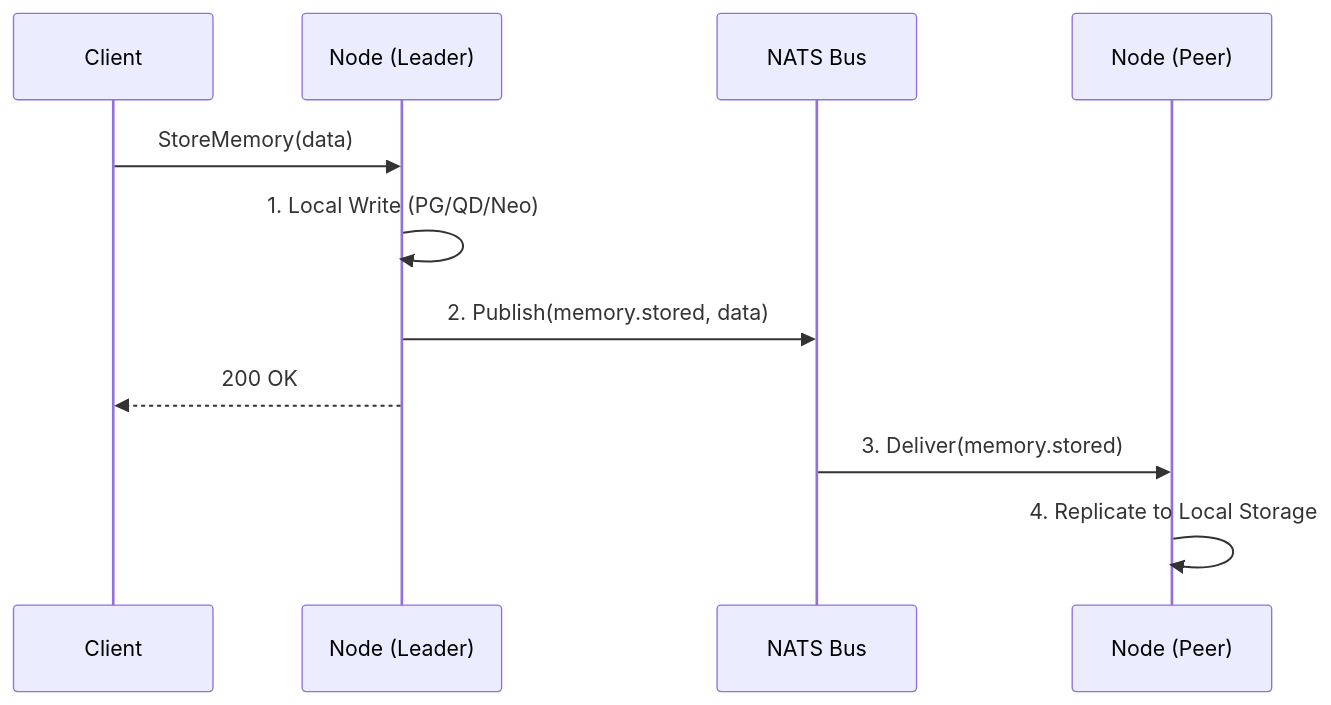
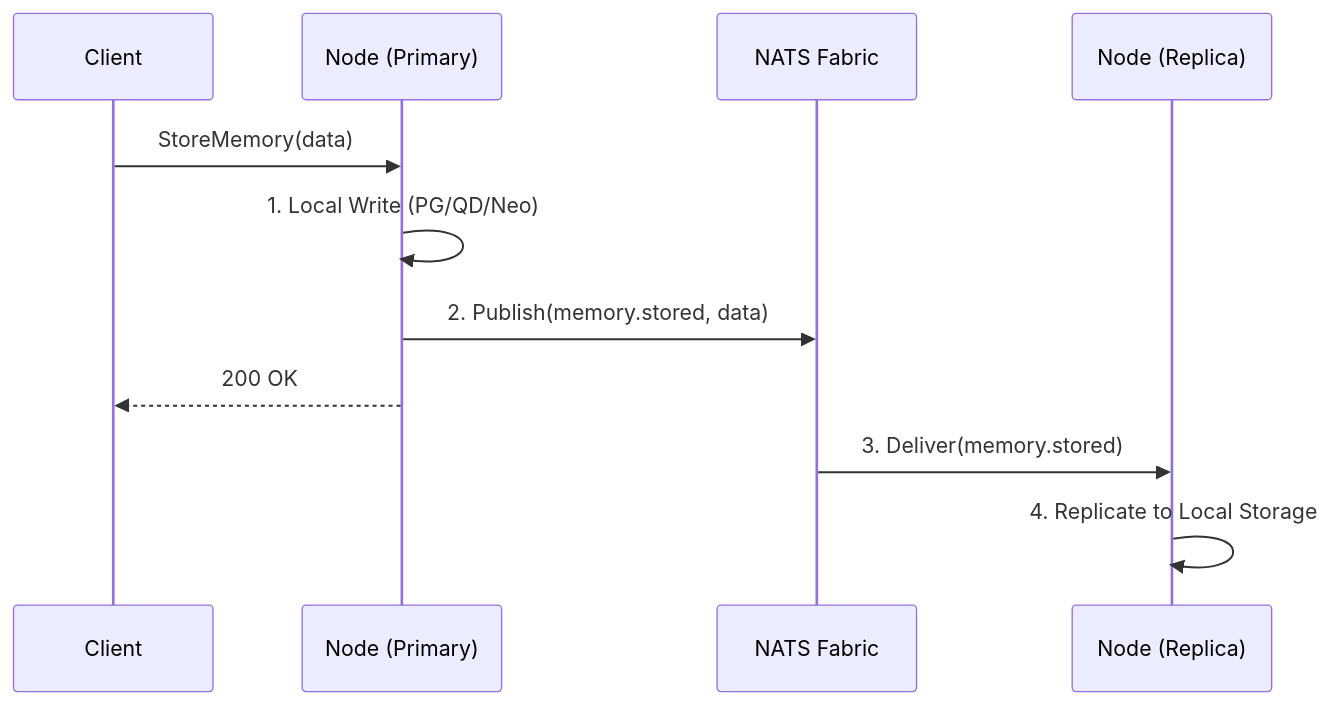
The second of 6 diagrams in README.md (Mohi1038/distributed-memOS), drawn with Mermaid before and after one commit. The commit also changed other lines of this file, not shown here.

Commit message:
docs: create ultimate README combining architecture, performance, and usage

````diff
--- a/README.md
+++ b/README.md
@@ -65,15 +81,15 @@
 ```mermaid
 sequenceDiagram
     participant Client
-    participant Leader as Node (Leader)
-    participant Bus as NATS Bus
-    participant Peer as Node (Peer)
+    participant Leader as Node (Primary)
+    participant Bus as NATS Fabric
+    participant Peer as Node (Replica)
     
     Client->>Leader: StoreMemory(data)
     Leader->>Leader: 1. Local Write (PG/QD/Neo)
     Leader->>Bus: 2. Publish(memory.stored, data)
     Leader-->>Client: 200 OK
     
     Bus->>Peer: 3. Deliver(memory.stored)
     Peer->>Peer: 4. Replicate to Local Storage
 ```
````
